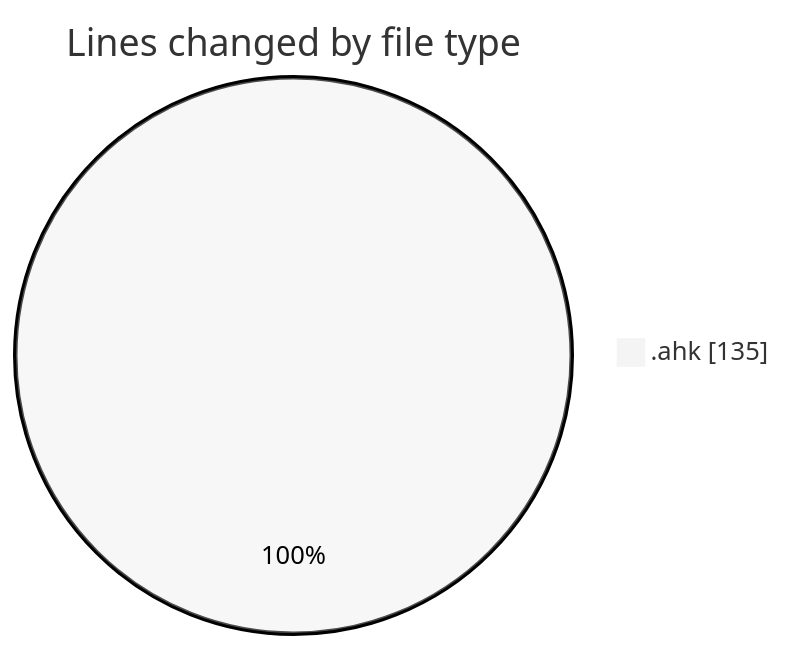
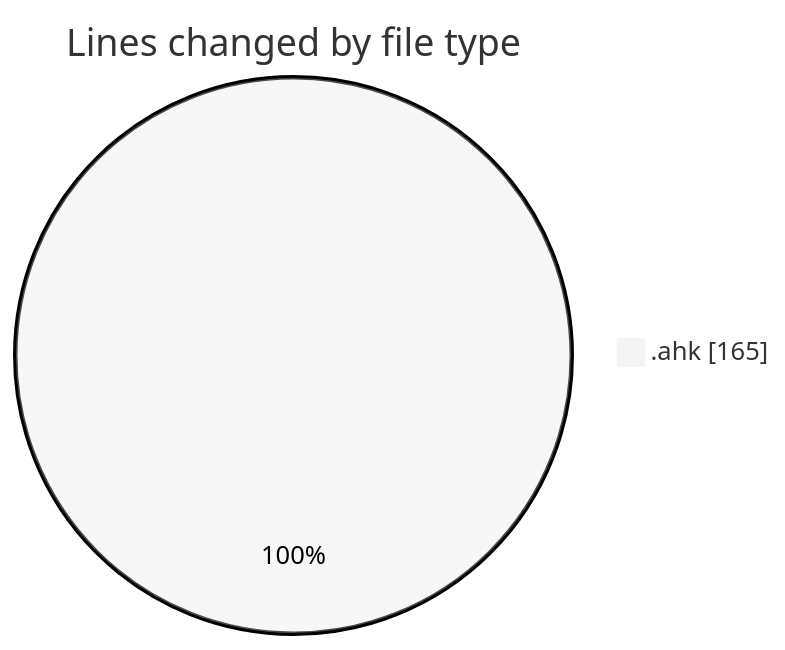
Before and after one commit to Ritupan-Deka/code-tracking: the first of 2 diagrams in 2025-01-26/desktop/README.md, drawn with Mermaid (neutral theme). The commit also changed other lines of this file and 1 other file, not shown here.

````diff
--- a/2025-01-26/desktop/README.md
+++ b/2025-01-26/desktop/README.md
@@ -20,5 +20,5 @@
 ```mermaid
 pie showData
 title Lines changed by file type
-".ahk" : 135
+".ahk" : 165
 ```
````
